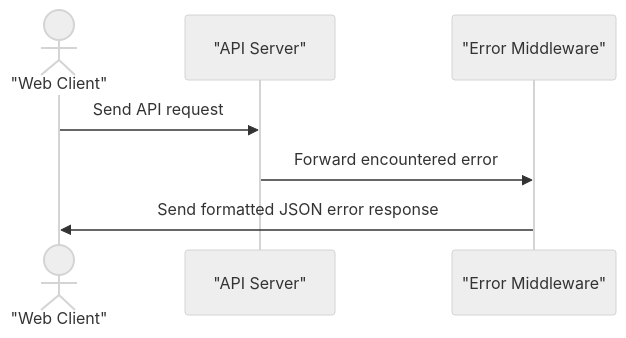
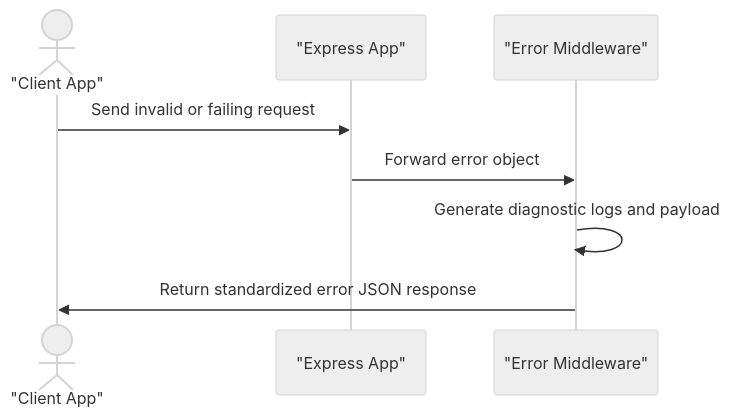
One commit to Aisdev979/e-commerce_store_api changed the third of 3 diagrams in README.md. Above: the diagram before and after it, drawn with Mermaid (neutral theme). The commit also changed other lines of this file and 5 other files, not shown here.

````diff
--- a/README.md
+++ b/README.md
@@ -27,10 +50,11 @@
 ```mermaid
 sequenceDiagram
-  actor Client as "Web Client"
-  participant Server as "API Server"
+  actor Client as "Client App"
+  participant Server as "Express App"
   participant Handler as "Error Middleware"
 
-  Client->>Server: Send API request
-  Server->>Handler: Forward encountered error
-  Handler->>Client: Send formatted JSON error response
+  Client->>Server: Send invalid or failing request
+  Server->>Handler: Forward error object
+  Handler->>Handler: Generate diagnostic logs and payload
+  Handler->>Client: Return standardized error JSON response
 ```
````
